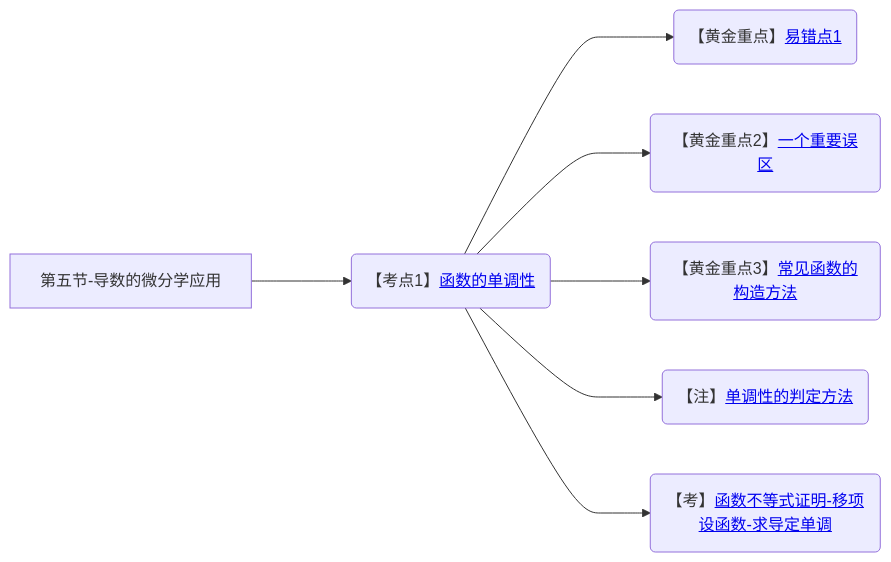
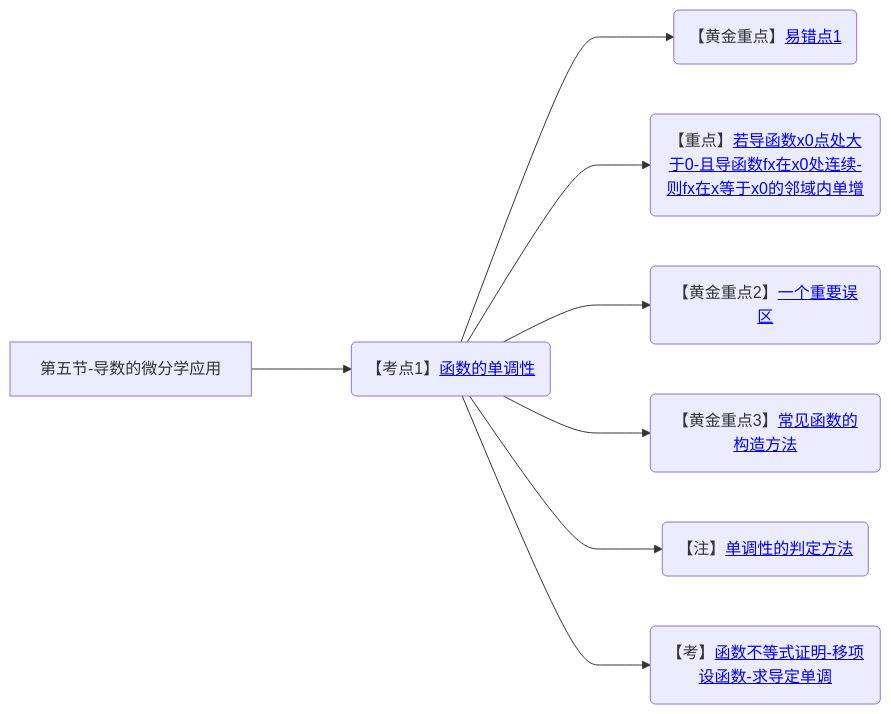
Before and after one commit to yuebinghui/note: diagram 15 of 15 in 笔记/数学/周洋鑫/01.基础班思维导图.md, drawn with Mermaid. The commit also changed 2 other files, not shown here.

Commit message:
Tue Nov 26 16:40:01 CST 2024

````diff
--- a/笔记/数学/周洋鑫/01.基础班思维导图.md
+++ b/笔记/数学/周洋鑫/01.基础班思维导图.md
@@ -530,11 +530,12 @@
 ```mermaid
 graph LR
 第五节-导数的微分学应用
 
 第五节-导数的微分学应用--->函数的单调性(【考点1】<a href="/Users/yuebinghui/Documents/program/github/note/笔记/数学/周洋鑫/基础班/15.导数的微分学应用_1.md#函数的单调性">函数的单调性</>)
 函数的单调性--->易错点1(【黄金重点】<a href="/Users/yuebinghui/Documents/program/github/note/笔记/数学/周洋鑫/基础班/15.导数的微分学应用_1.md#易错点1">易错点1</>)
+函数的单调性--->若导函数x0点处大于0-且导函数fx在x0处连续-则fx在x等于x0的邻域内单增(【重点】<a href="/Users/yuebinghui/Documents/program/github/note/笔记/数学/周洋鑫/基础班/15.导数的微分学应用_1.md#若导函数x0点处大于0-且导函数fx在x0处连续-则fx在x等于x0的邻域内单增">若导函数x0点处大于0-且导函数fx在x0处连续-则fx在x等于x0的邻域内单增</>)
 函数的单调性--->一个重要误区(【黄金重点2】<a href="/Users/yuebinghui/Documents/program/github/note/笔记/数学/周洋鑫/基础班/15.导数的微分学应用_1.md#一个重要误区">一个重要误区</>)
 函数的单调性--->常见函数的构造方法(【黄金重点3】<a href="/Users/yuebinghui/Documents/program/github/note/笔记/数学/周洋鑫/基础班/15.导数的微分学应用_1.md#常见函数的构造方法">常见函数的构造方法</>)
 函数的单调性--->单调性的判定方法(【注】<a href="/Users/yuebinghui/Documents/program/github/note/笔记/数学/周洋鑫/基础班/15.导数的微分学应用_1.md#单调性的判定方法">单调性的判定方法</>)
 函数的单调性--->函数不等式证明-移项设函数-求导定单调(【考】<a href="/Users/yuebinghui/Documents/program/github/note/笔记/数学/周洋鑫/基础班/15.导数的微分学应用_1.md#函数不等式证明-移项设函数-求导定单调">函数不等式证明-移项设函数-求导定单调</>)
 ```
````
